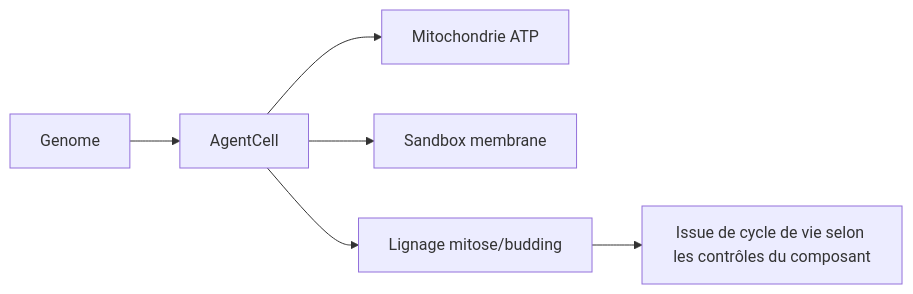
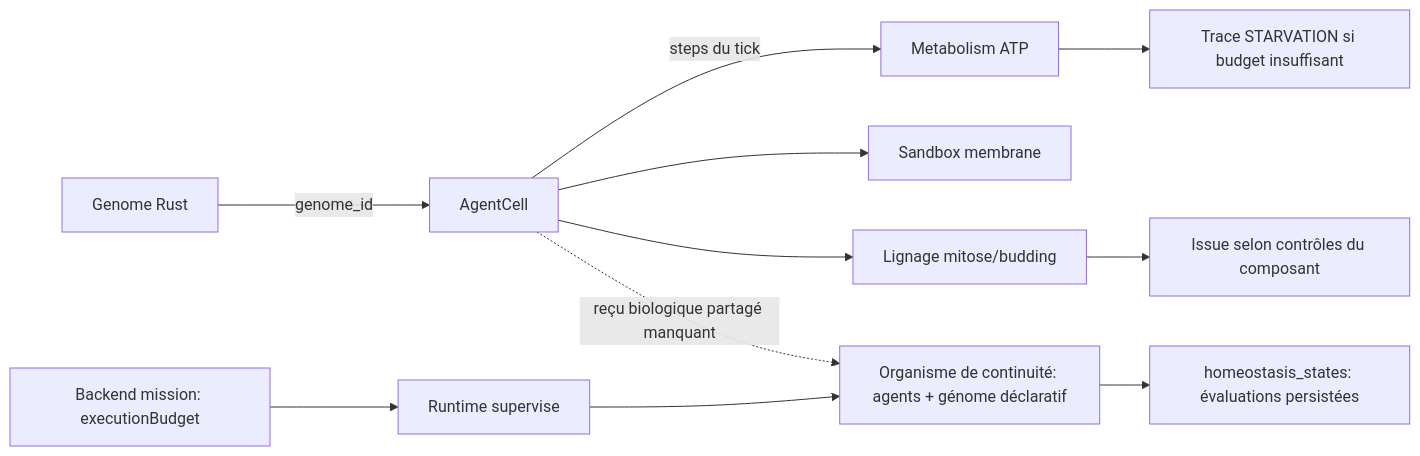
One commit to PISSARAW/GenOS changed the diagram in docs/01-concepts/biologie-computationnelle.md. Above: the diagram before and after it, drawn with Mermaid. The commit also changed other lines of this file and 3 other files, not shown here.

````diff
--- a/docs/01-concepts/biologie-computationnelle.md
+++ b/docs/01-concepts/biologie-computationnelle.md
@@ -42,8 +48,13 @@
 ```mermaid
 flowchart LR
-    G[Genome] --> C[AgentCell]
-    C --> M[Mitochondrie ATP]
+    G[Genome Rust] -->|genome_id| C[AgentCell]
+    C -->|steps du tick| M[Metabolism ATP]
     C --> S[Sandbox membrane]
     C --> L[Lignage mitose/budding]
-    L --> A[Issue de cycle de vie selon les contrôles du composant]
+    M --> R[Trace STARVATION si budget insuffisant]
+    L --> A[Issue selon contrôles du composant]
+    B[Backend mission: executionBudget] --> X[Runtime supervise]
+    X --> O[Organisme de continuité: agents + génome déclaratif]
+    O --> H[homeostasis_states: évaluations persistées]
+    C -. reçu biologique partagé manquant .-> O
 ```
````
